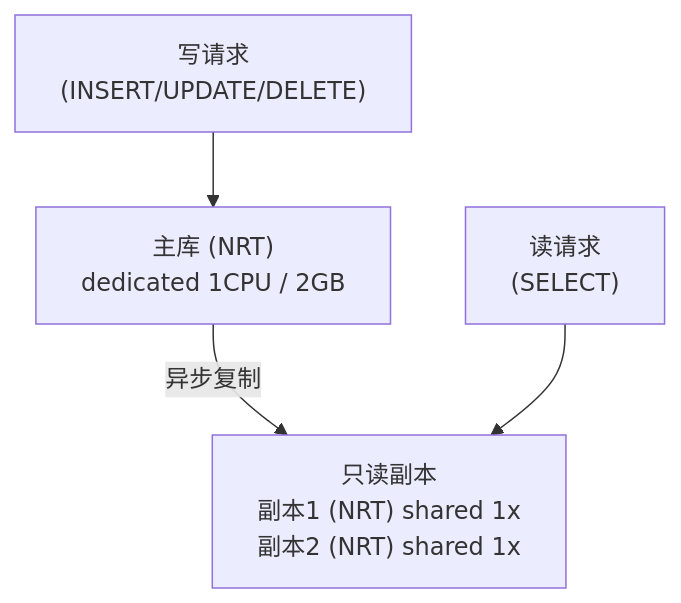
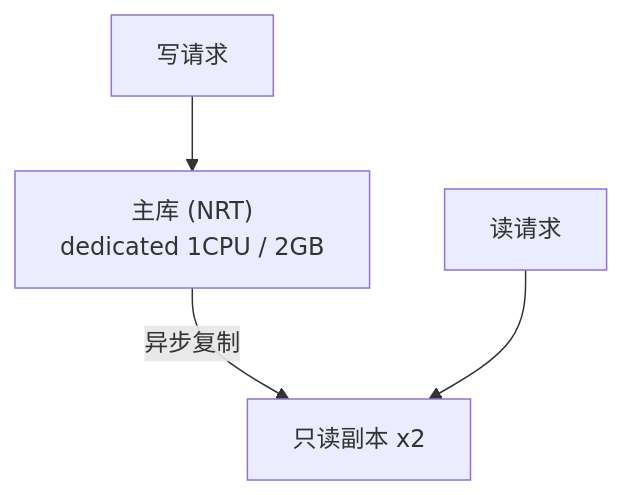
The third of 6 diagrams in 05-operations/monitoring/100k-dau-performance-plan.md (readmigo/docs), drawn with Mermaid before and after one commit. The commit also changed other lines of this file and 27 other files, not shown here.

First line of the commit message:
audit: remove code snippets, update to 2-env architecture across operations and pipeline docs

````diff
--- a/05-operations/monitoring/100k-dau-performance-plan.md
+++ b/05-operations/monitoring/100k-dau-performance-plan.md
@@ -142,6 +77,6 @@
 ```mermaid
 graph TD
-    A["写请求<br>(INSERT/UPDATE/DELETE)"] --> B["主库 (NRT)<br>dedicated 1CPU / 2GB"]
-    B -->|"异步复制"| C["只读副本<br>副本1 (NRT) shared 1x<br>副本2 (NRT) shared 1x"]
-    D["读请求<br>(SELECT)"] --> C
+    A["写请求"] --> B["主库 (NRT)<br>dedicated 1CPU / 2GB"]
+    B -->|"异步复制"| C["只读副本 x2"]
+    D["读请求"] --> C
 ```
````
